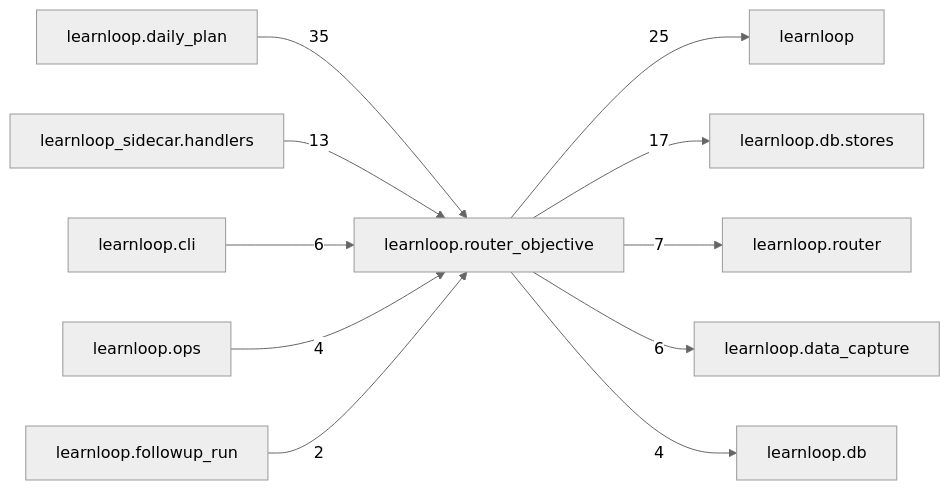
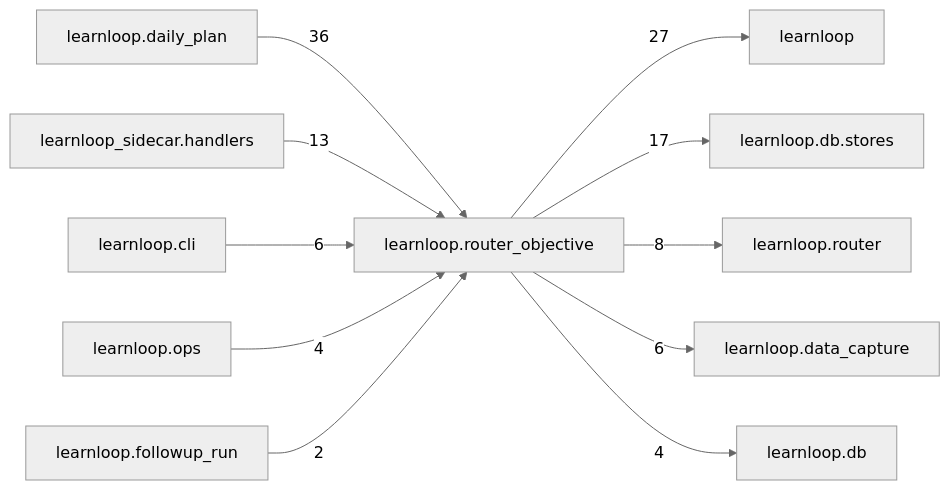
One commit to 6up-b/learnanything changed the diagram in docs/learnloop-architecture-vault/Reference/Modules/learnloop/router_objective/_package.md. Above: the diagram before and after it, drawn with Mermaid (neutral theme). The commit also changed other lines of this file and 23 other files, not shown here.

````diff
--- a/docs/learnloop-architecture-vault/Reference/Modules/learnloop/router_objective/_package.md
+++ b/docs/learnloop-architecture-vault/Reference/Modules/learnloop/router_objective/_package.md
@@ -153,24 +155,24 @@
 ```mermaid
 flowchart LR
     center["learnloop.router_objective"]
     n_learnloop_daily_plan["learnloop.daily_plan"]
     n_learnloop["learnloop"]
     n_learnloop_db_stores["learnloop.db.stores"]
     n_learnloop_sidecar_handlers["learnloop_sidecar.handlers"]
     n_learnloop_router["learnloop.router"]
     n_learnloop_cli["learnloop.cli"]
     n_learnloop_data_capture["learnloop.data_capture"]
     n_learnloop_db["learnloop.db"]
     n_learnloop_ops["learnloop.ops"]
     n_learnloop_followup_run["learnloop.followup_run"]
-    n_learnloop_daily_plan -->|35| center
-    center -->|25| n_learnloop
+    n_learnloop_daily_plan -->|36| center
+    center -->|27| n_learnloop
     center -->|17| n_learnloop_db_stores
     n_learnloop_sidecar_handlers -->|13| center
-    center -->|7| n_learnloop_router
+    center -->|8| n_learnloop_router
     n_learnloop_cli -->|6| center
     center -->|6| n_learnloop_data_capture
     center -->|4| n_learnloop_db
     n_learnloop_ops -->|4| center
     n_learnloop_followup_run -->|2| center
 ```
````
